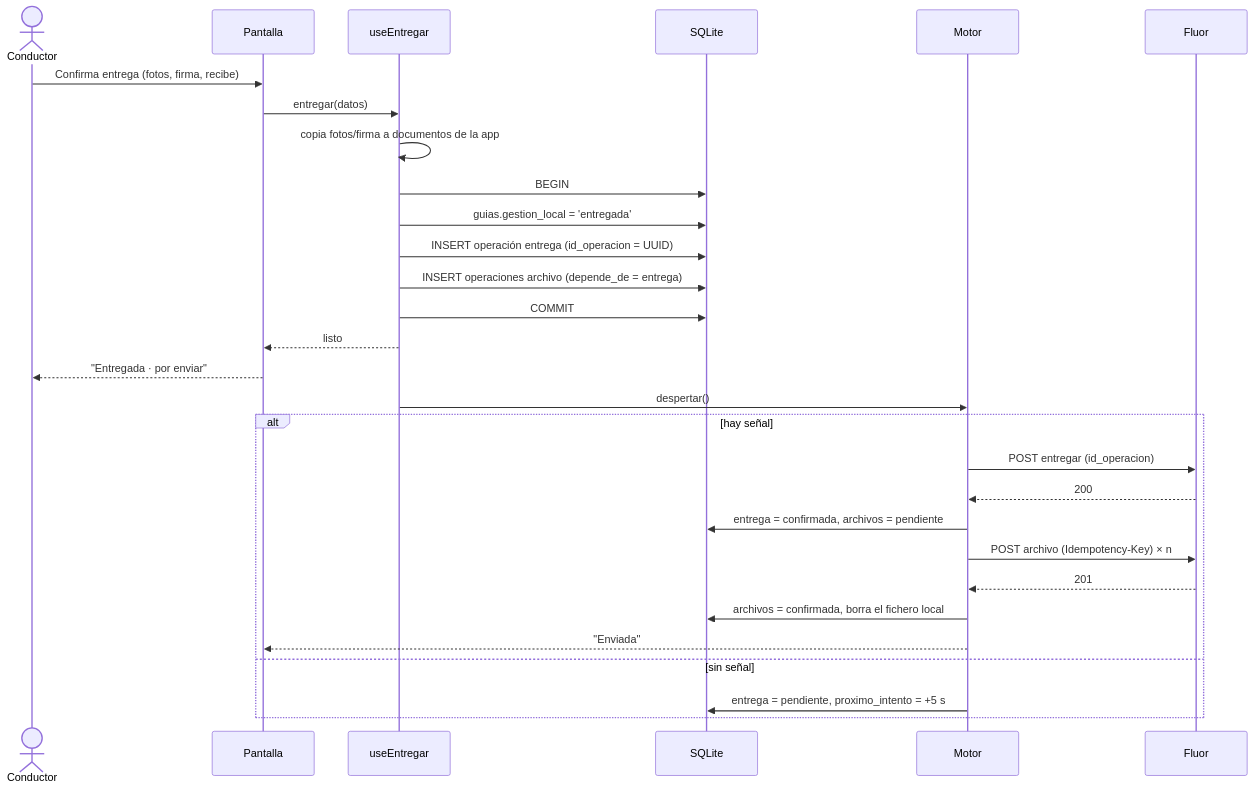
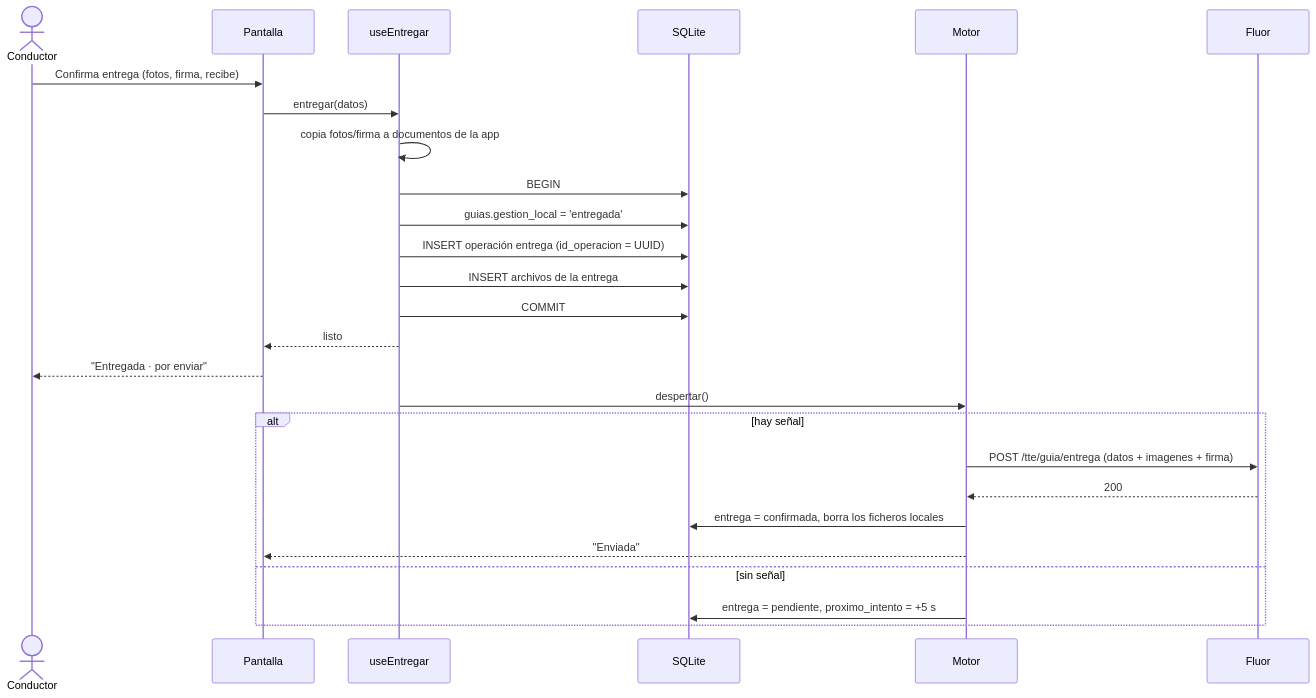
One commit to tamerlantian/cilog-2 changed the fifth of 9 diagrams in docs/offline.md. Above: the diagram before and after it, drawn with Mermaid. The commit also changed other lines of this file and 22 other files, not shown here.

First line of the commit message:
feat(despachos): enviar la entrega a Fluor con fotos y firma

````diff
--- a/docs/offline.md
+++ b/docs/offline.md
@@ -172,32 +179,29 @@
 ```mermaid
 sequenceDiagram
     actor C as Conductor
     participant P as Pantalla
     participant H as useEntregar
     participant DB as SQLite
     participant M as Motor
     participant F as Fluor
 
     C->>P: Confirma entrega (fotos, firma, recibe)
     P->>H: entregar(datos)
     H->>H: copia fotos/firma a documentos de la app
     H->>DB: BEGIN
     H->>DB: guias.gestion_local = 'entregada'
     H->>DB: INSERT operación entrega (id_operacion = UUID)
-    H->>DB: INSERT operaciones archivo (depende_de = entrega)
+    H->>DB: INSERT archivos de la entrega
     H->>DB: COMMIT
     H-->>P: listo
     P-->>C: "Entregada · por enviar"
     H->>M: despertar()
     alt hay señal
-        M->>F: POST entregar (id_operacion)
+        M->>F: POST /tte/guia/entrega (datos + imagenes + firma)
         F-->>M: 200
-        M->>DB: entrega = confirmada, archivos = pendiente
-        M->>F: POST archivo (Idempotency-Key) × n
-        F-->>M: 201
-        M->>DB: archivos = confirmada, borra el fichero local
+        M->>DB: entrega = confirmada, borra los ficheros locales
         M-->>P: "Enviada"
     else sin señal
         M->>DB: entrega = pendiente, proximo_intento = +5 s
     end
 ```
````
